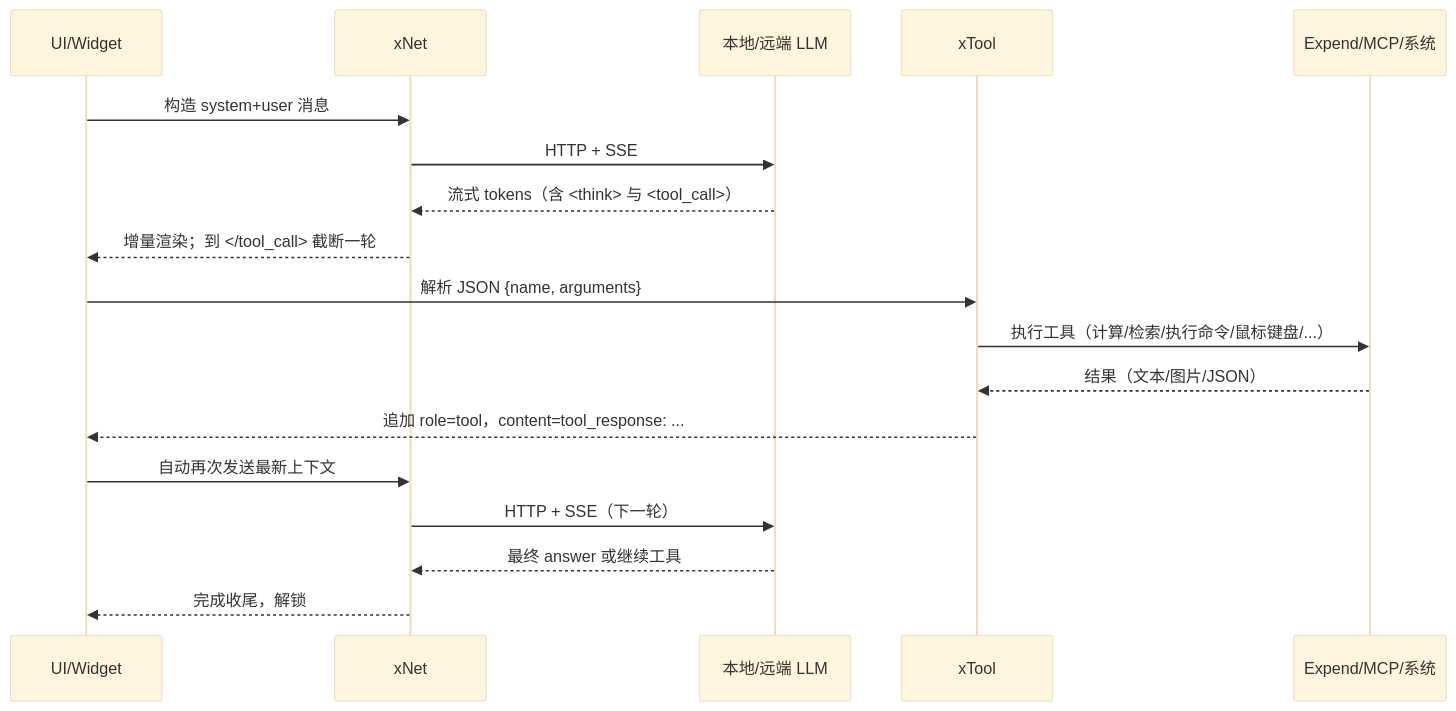
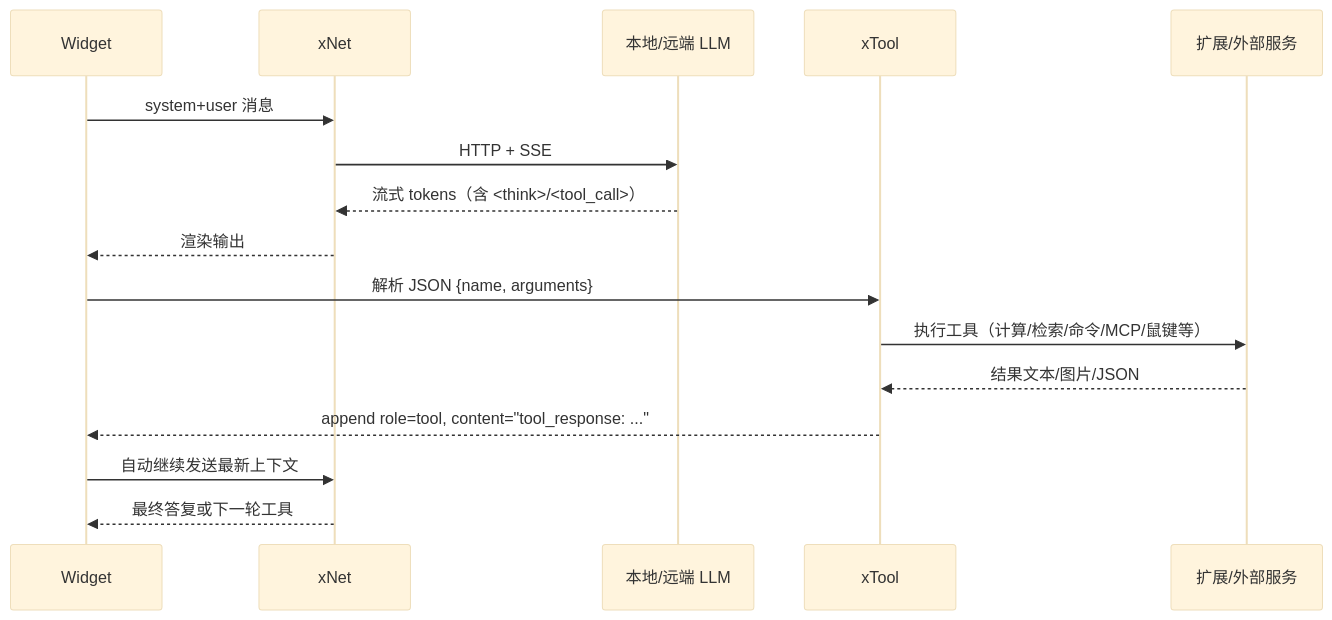
One commit to ylsdamxssjxxdd/eva changed the fifth of 7 diagrams in docs/软件技术说明书.md. Above: the diagram before and after it, drawn with Mermaid (base theme). The commit also changed other lines of this file and 1 other file, not shown here.

````diff
--- a/docs/软件技术说明书.md
+++ b/docs/软件技术说明书.md
@@ -152,21 +168,19 @@
 ```mermaid
 sequenceDiagram
-  participant UI as UI/Widget
+  participant UI as Widget
   participant NET as xNet
   participant LLM as 本地/远端 LLM
   participant TOOL as xTool
-  participant EXT as Expend/MCP/系统
+  participant EXT as 扩展/外部服务
 
-  UI->>NET: 构造 system+user 消息
+  UI->>NET: system+user 消息
   NET->>LLM: HTTP + SSE
-  LLM-->>NET: 流式 tokens（含 <think> 与 <tool_call>）
-  NET-->>UI: 增量渲染；到 </tool_call> 截断一轮
+  LLM-->>NET: 流式 tokens（含 <think>/<tool_call>）
+  NET-->>UI: 渲染输出
   UI->>TOOL: 解析 JSON {name, arguments}
-  TOOL->>EXT: 执行工具（计算/检索/执行命令/鼠标键盘/...）
-  EXT-->>TOOL: 结果（文本/图片/JSON）
-  TOOL-->>UI: 追加 role=tool，content=tool_response: ...
-  UI->>NET: 自动再次发送最新上下文
-  NET->>LLM: HTTP + SSE（下一轮）
-  LLM-->>NET: 最终 answer 或继续工具
-  NET-->>UI: 完成收尾，解锁
+  TOOL->>EXT: 执行工具（计算/检索/命令/MCP/鼠键等）
+  EXT-->>TOOL: 结果文本/图片/JSON
+  TOOL-->>UI: append role=tool, content="tool_response: ..."
+  UI->>NET: 自动继续发送最新上下文
+  NET-->>UI: 最终答复或下一轮工具
 ```
````
